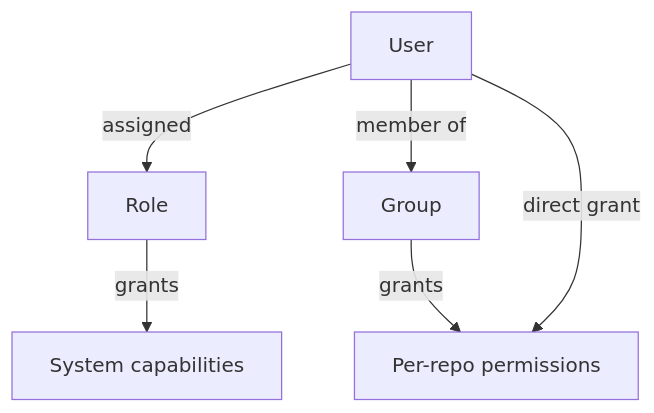
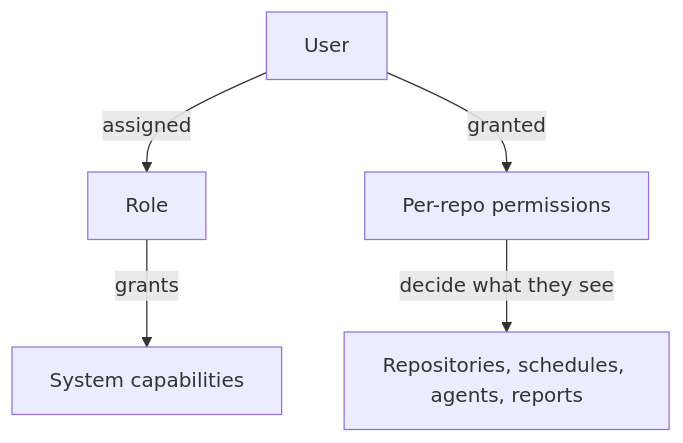
Before and after one commit to alexmohr/assimilate: the diagram in docs/access-control.md, drawn with Mermaid. The commit also changed other lines of this file and 64 other files, not shown here.

First line of the commit message:
fix(access): decide every read by per-repository grants

````diff
--- a/docs/access-control.md
+++ b/docs/access-control.md
@@ -13,8 +13,7 @@
 ```mermaid
 graph TD
     U[User] -->|assigned| R[Role]
-    U -->|member of| G[Group]
     R -->|grants| C[System capabilities]
-    G -->|grants| P[Per-repo permissions]
-    U -->|direct grant| P
+    U -->|granted| P[Per-repo permissions]
+    P -->|decide what they see| V[Repositories, schedules, agents, reports]
 ```
````
